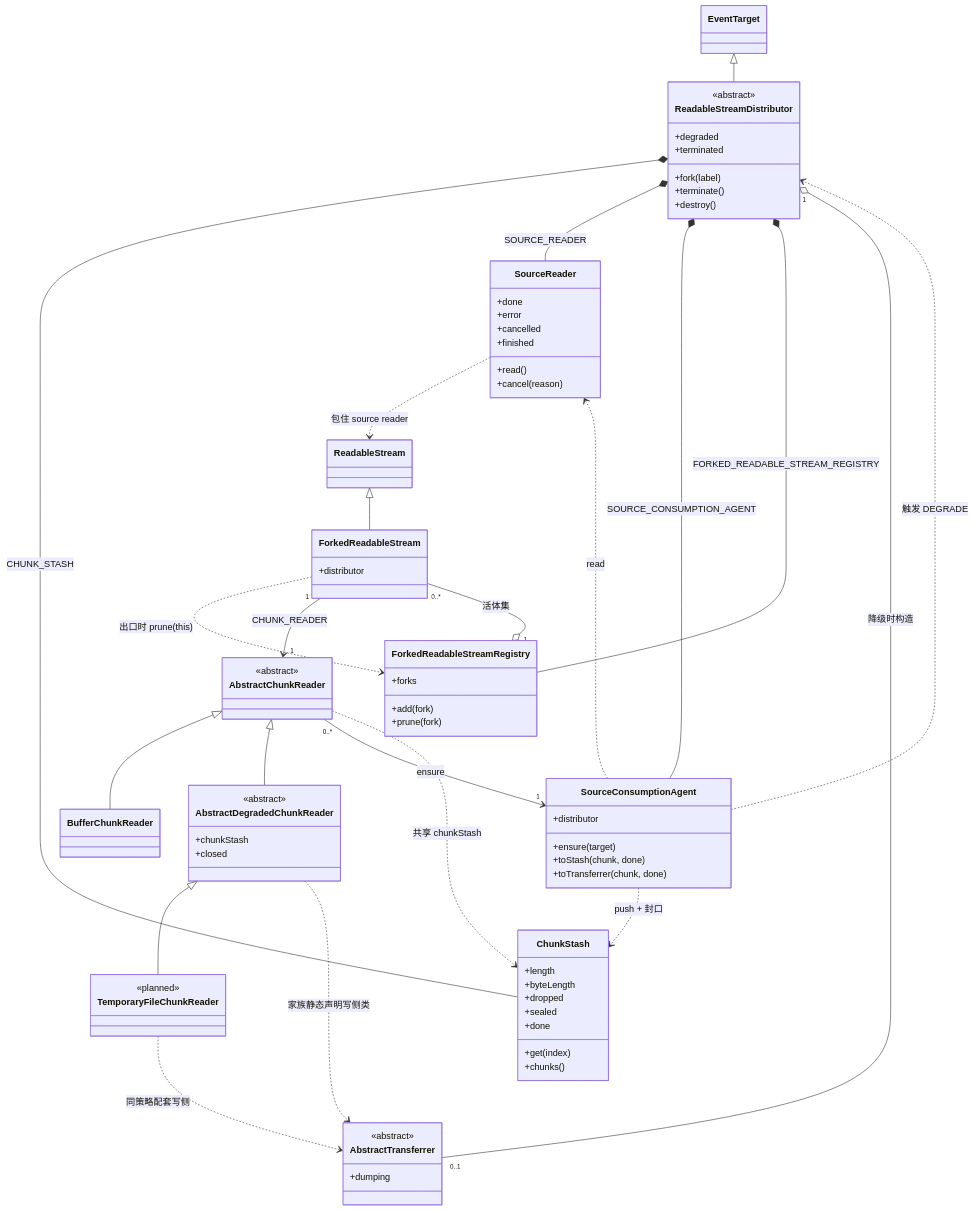
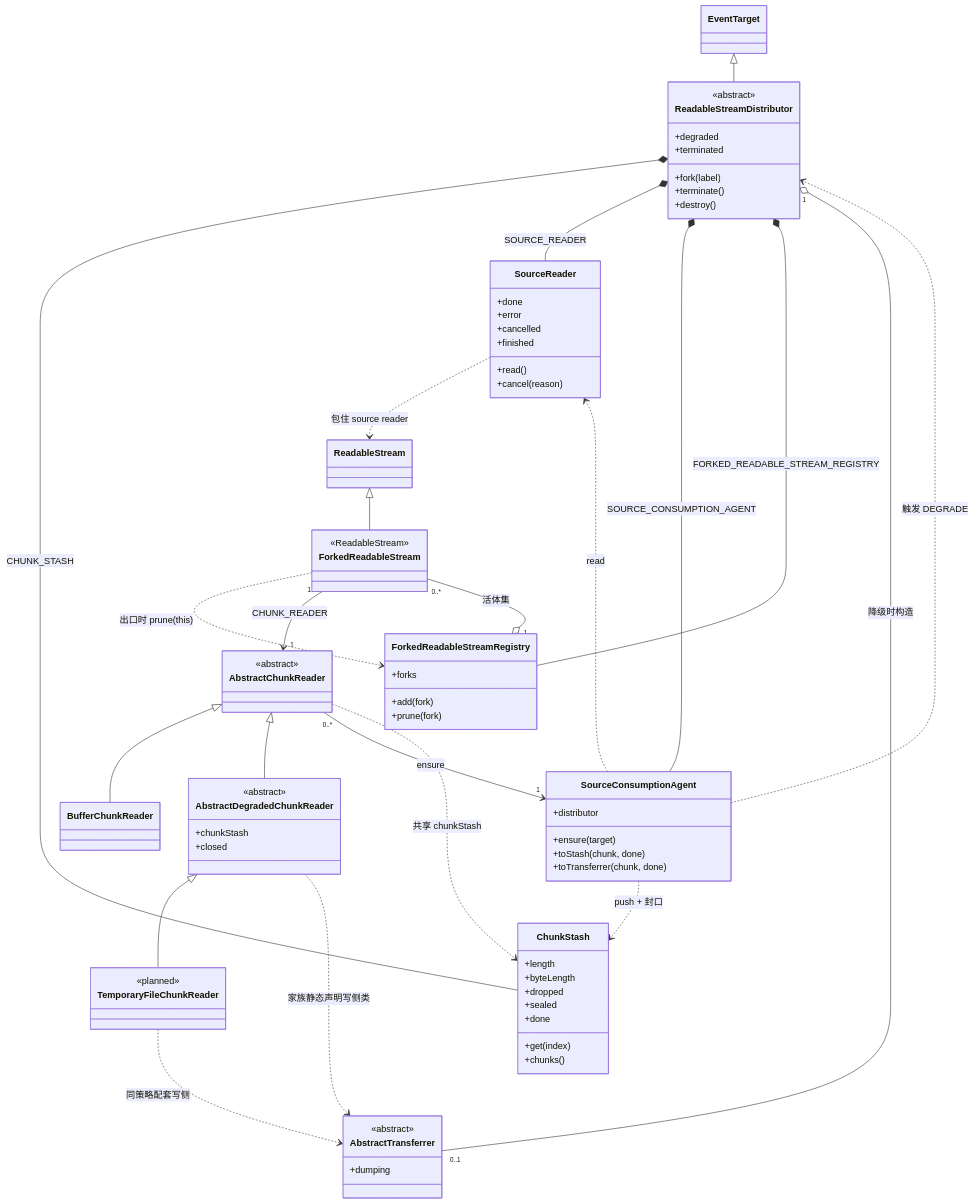
One commit to produck/node-readable-stream-distributor changed the second of 6 diagrams in DESIGN.md. Above: the diagram before and after it, drawn with Mermaid. The commit also changed other lines of this file and 31 other files, not shown here.

```diff
--- a/DESIGN.md
+++ b/DESIGN.md
@@ -178,7 +177,7 @@
     }
 
     class ForkedReadableStream {
-        +distributor
+        <<ReadableStream>>
     }
 
     class AbstractChunkReader {
```
